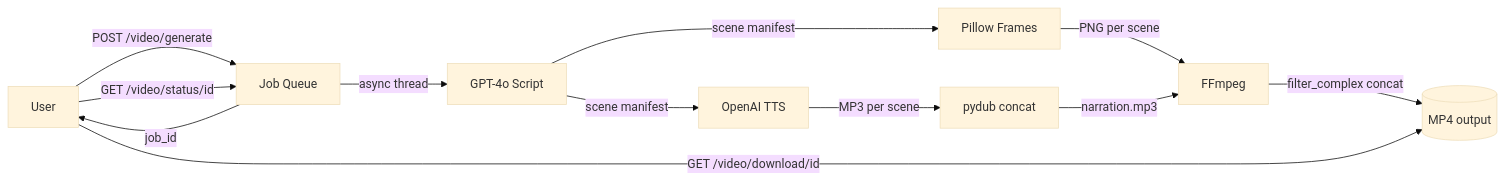
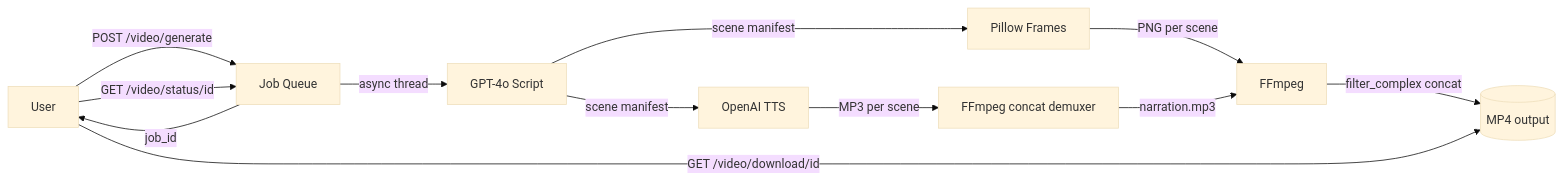
Before and after one commit to anishaman6206/et-news-platform: the sixth of 6 diagrams in README.md, drawn with Mermaid (base theme). The commit also changed other lines of this file and 4 other files, not shown here.

First line of the commit message:
docs: update README, ARCHITECTURE, startup scripts

````diff
--- a/README.md
+++ b/README.md
@@ -630,14 +648,14 @@
 ```mermaid
 flowchart LR
   User --> |POST /video/generate| Queue[Job Queue]
   Queue --> |job_id| User
   Queue --> |async thread| Script[GPT-4o Script]
   Script --> |scene manifest| TTS[OpenAI TTS]
   Script --> |scene manifest| Frames[Pillow Frames]
-  TTS --> |MP3 per scene| pydub[pydub concat]
+  TTS --> |MP3 per scene| Concat[FFmpeg concat demuxer]
   Frames --> |PNG per scene| FFmpeg
-  pydub --> |narration.mp3| FFmpeg
+  Concat --> |narration.mp3| FFmpeg
   FFmpeg --> |filter_complex concat| MP4[(MP4 output)]
   User --> |GET /video/status/id| Queue
   User --> |GET /video/download/id| MP4
 ```
````
